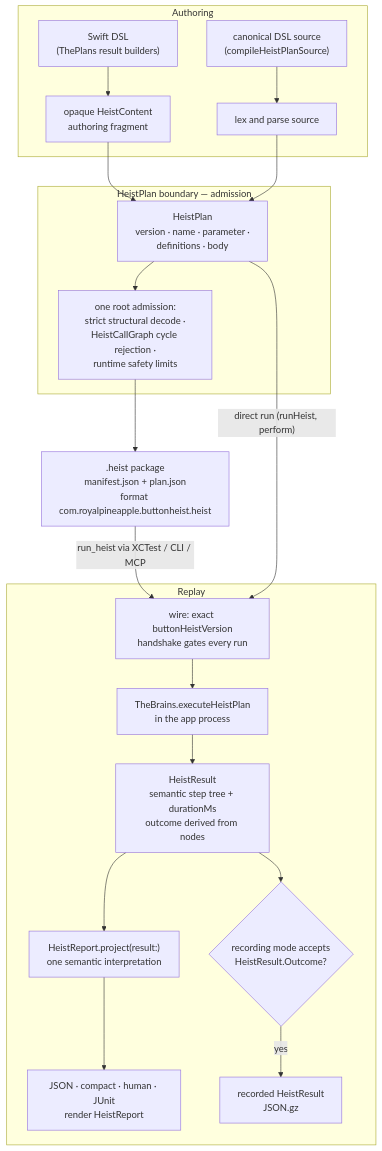
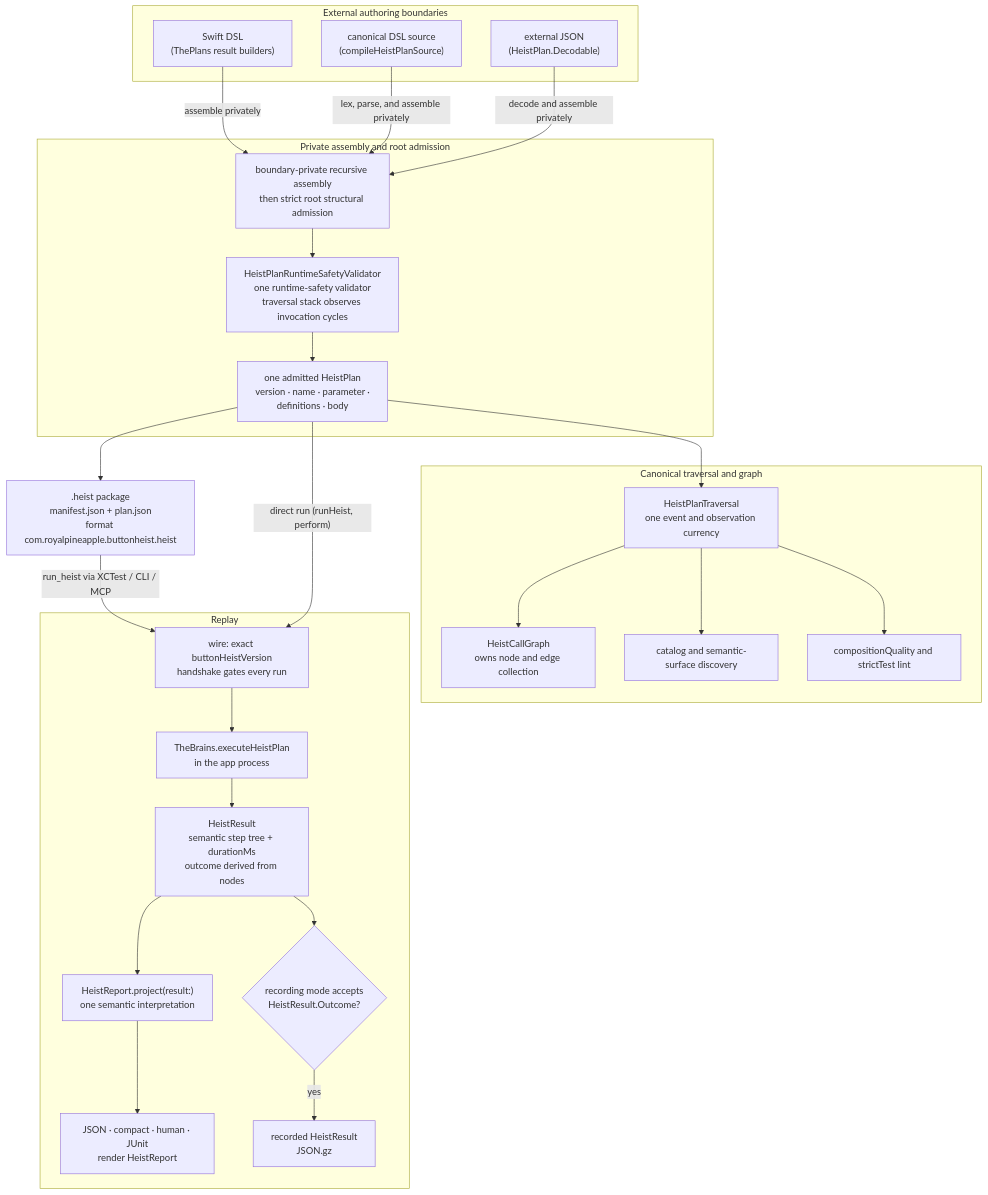
Before and after one commit to RoyalPineapple/TheButtonHeist: the diagram in docs/diagrams/heist-lifecycle.md, drawn with Mermaid. The commit also changed other lines of this file, not shown here.

Commit message:
feat(internal-compression-plan-language): implement TD4 - document heist lifecycle

````diff
--- a/docs/diagrams/heist-lifecycle.md
+++ b/docs/diagrams/heist-lifecycle.md
@@ -8,40 +8,50 @@
 ```mermaid
 flowchart TD
-    subgraph author["Authoring"]
+    subgraph author["External authoring boundaries"]
         SWIFT["Swift DSL<br/>(ThePlans result builders)"]
         SOURCE["canonical DSL source<br/>(compileHeistPlanSource)"]
-        CONTENT["opaque HeistContent<br/>authoring fragment"]
-        PARSE["lex and parse source"]
-        SWIFT --> CONTENT
-        SOURCE --> PARSE
+        JSON["external JSON<br/>(HeistPlan.Decodable)"]
     end
 
-    subgraph ir["HeistPlan boundary — admission"]
-        PLAN["HeistPlan<br/>version · name · parameter ·<br/>definitions · body"]
-        CHECKS["one root admission:<br/>strict structural decode ·<br/>HeistCallGraph cycle rejection ·<br/>runtime safety limits"]
-        PLAN --> CHECKS
+    subgraph admission["Private assembly and root admission"]
+        ROOT["boundary-private recursive assembly<br/>then strict root structural admission"]
+        SAFETY["HeistPlanRuntimeSafetyValidator<br/>one runtime-safety validator<br/>traversal stack observes invocation cycles"]
+        PLAN["one admitted HeistPlan<br/>version · name · parameter ·<br/>definitions · body"]
+        ROOT --> SAFETY --> PLAN
+    end
+
+    subgraph meaning["Canonical traversal and graph"]
+        TRAVERSAL["HeistPlanTraversal<br/>one event and observation currency"]
+        GRAPH["HeistCallGraph<br/>owns node and edge collection"]
+        DISCOVERY["catalog and semantic-surface discovery"]
+        LINT["compositionQuality and strictTest lint"]
+        PLAN --> TRAVERSAL
+        TRAVERSAL --> GRAPH
+        TRAVERSAL --> DISCOVERY
+        TRAVERSAL --> LINT
     end
 
     HEIST[".heist package<br/>manifest.json + plan.json<br/>format com.royalpineapple.buttonheist.heist"]
 
     subgraph replay["Replay"]
         GATE["wire: exact buttonHeistVersion<br/>handshake gates every run"]
         BRAINS["TheBrains.executeHeistPlan<br/>in the app process"]
         RESULT["HeistResult<br/>semantic step tree + durationMs<br/>outcome derived from nodes"]
         REPORT["HeistReport.project(result:)<br/>one semantic interpretation"]
         RENDER["JSON · compact · human · JUnit<br/>render HeistReport"]
         RECORD{"recording mode accepts<br/>HeistResult.Outcome?"}
         RESULTFILE["recorded HeistResult<br/>JSON.gz"]
         GATE --> BRAINS
         BRAINS --> RESULT
         RESULT --> REPORT --> RENDER
         RESULT --> RECORD
         RECORD -->|yes| RESULTFILE
     end
 
-    CONTENT --> PLAN
-    PARSE --> PLAN
-    CHECKS --> HEIST
+    SWIFT -->|"assemble privately"| ROOT
+    SOURCE -->|"lex, parse, and assemble privately"| ROOT
+    JSON -->|"decode and assemble privately"| ROOT
+    PLAN --> HEIST
     HEIST -- "run_heist via XCTest / CLI / MCP" --> GATE
     PLAN -- "direct run (runHeist, perform)" --> GATE
 ```
````
